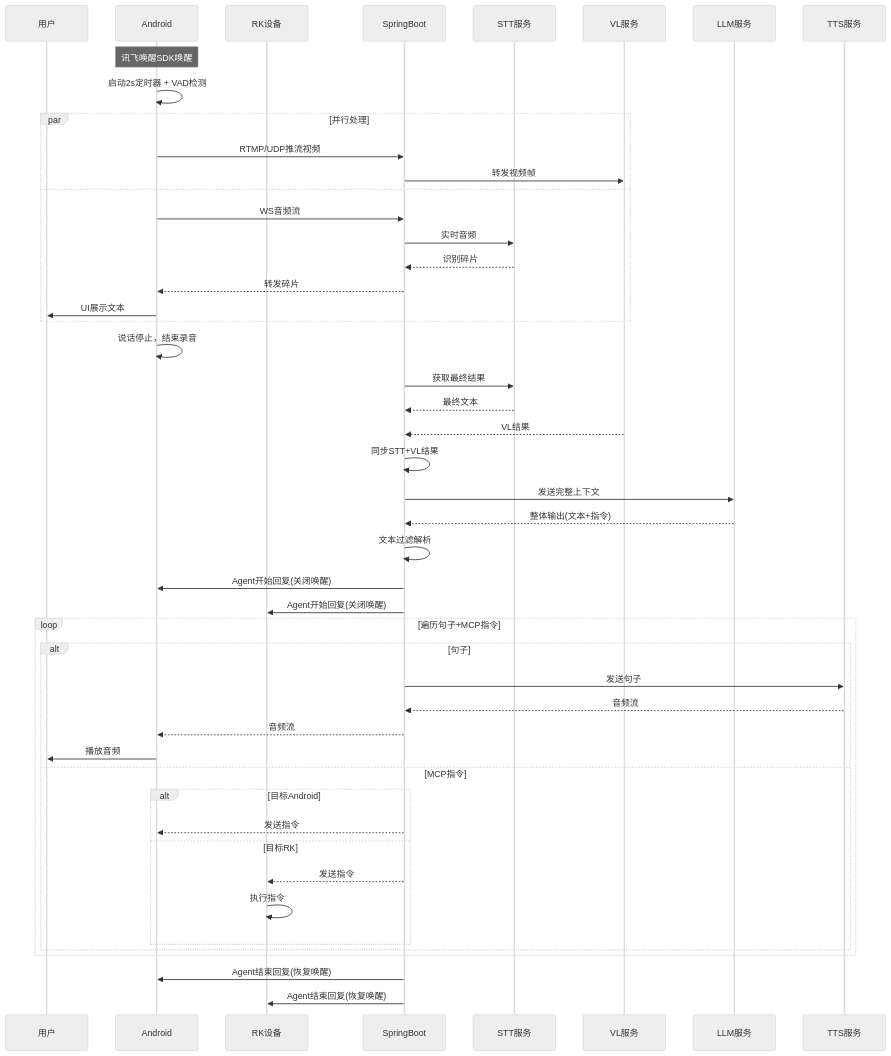
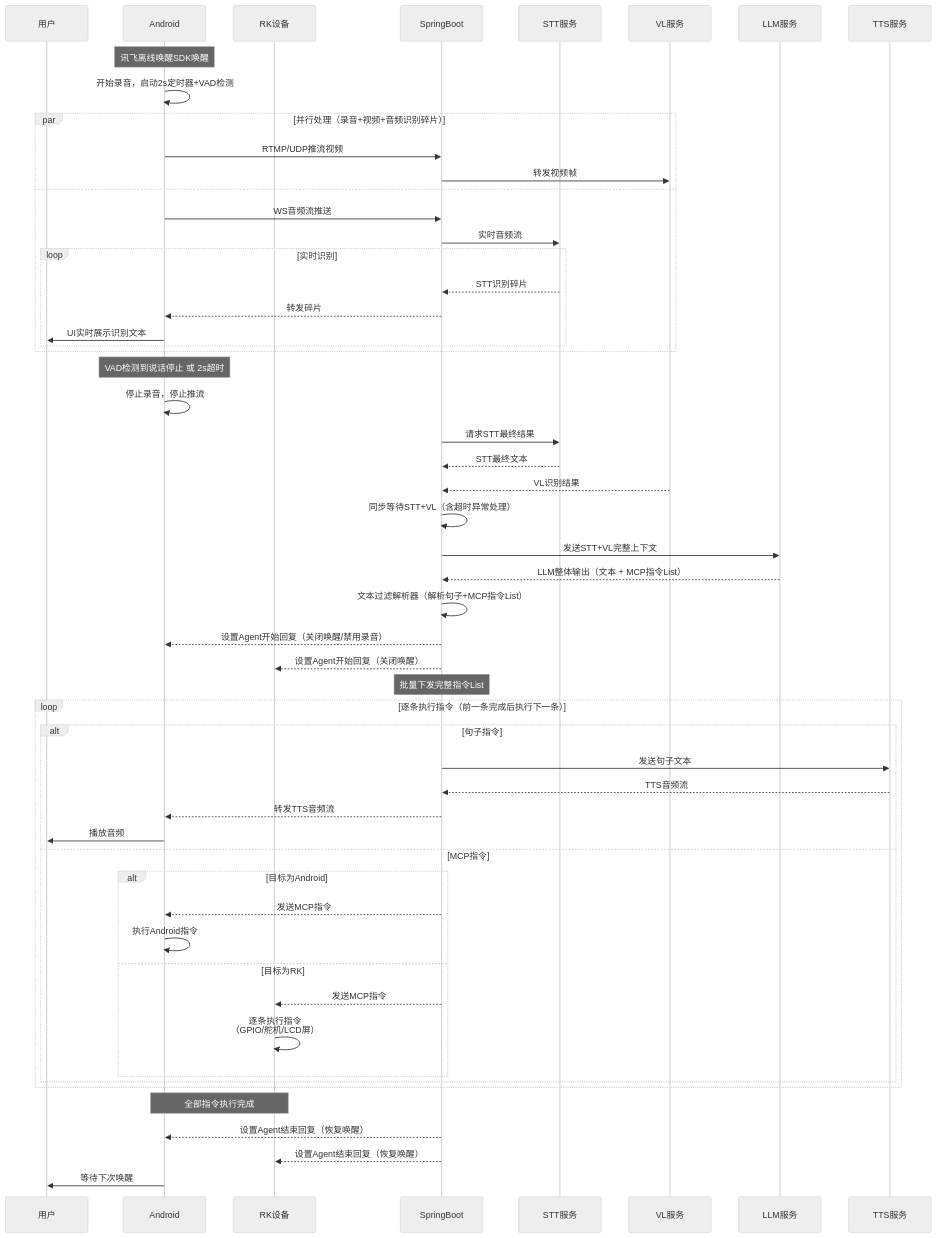
The third of 5 diagrams in cursor/AgentChat.md (nangong918/magic-vector), drawn with Mermaid (neutral theme) before and after one commit. The commit also changed other lines of this file, not shown here.

Commit message:
deepseek: 完成Agent甘特图设计

````diff
--- a/cursor/AgentChat.md
+++ b/cursor/AgentChat.md
@@ -193,57 +192,70 @@
 ```mermaid
 sequenceDiagram
-    participant User as 用户
-    participant Android as Android
-    participant RK as RK设备
-    participant SB as SpringBoot
-    participant STT as STT服务
-    participant VL as VL服务
-    participant LLM as LLM服务
-    participant TTS as TTS服务
+  participant User as 用户
+  participant Android as Android
+  participant RK as RK设备
+  participant SB as SpringBoot
+  participant STT as STT服务
+  participant VL as VL服务
+  participant LLM as LLM服务
+  participant TTS as TTS服务
 
-    Note over Android: 讯飞唤醒SDK唤醒
-    Android->>Android: 启动2s定时器 + VAD检测
-    
-    par 并行处理
-        Android->>SB: RTMP/UDP推流视频
-        SB->>VL: 转发视频帧
-    and
-        Android->>SB: WS音频流
-        SB->>STT: 实时音频
-        STT-->>SB: 识别碎片
-        SB-->>Android: 转发碎片
-        Android->>User: UI展示文本
+  Note over Android: 讯飞离线唤醒SDK唤醒
+  Android->>Android: 开始录音，启动2s定时器+VAD检测
+
+  par 并行处理（录音+视频+音频识别碎片）
+    Android->>SB: RTMP/UDP推流视频
+    SB->>VL: 转发视频帧
+  and
+    Android->>SB: WS音频流推送
+    SB->>STT: 实时音频流
+    loop 实时识别
+      STT-->>SB: STT识别碎片
+      SB-->>Android: 转发碎片
+      Android->>User: UI实时展示识别文本
     end
-    
-    Android->>Android: 说话停止，结束录音
-    SB->>STT: 获取最终结果
-    STT-->>SB: 最终文本
-    
-    VL-->>SB: VL结果
-    SB->>SB: 同步STT+VL结果
-    SB->>LLM: 发送完整上下文
-    LLM-->>SB: 整体输出(文本+指令)
-    
-    SB->>SB: 文本过滤解析
-    SB->>Android: Agent开始回复(关闭唤醒)
-    SB->>RK: Agent开始回复(关闭唤醒)
-    
-    loop 遍历句子+MCP指令
-        alt 句子
-            SB->>TTS: 发送句子
-            TTS-->>SB: 音频流
-            SB-->>Android: 音频流
-            Android->>User: 播放音频
-        else MCP指令
-            alt 目标Android
-                SB-->>Android: 发送指令
-            else 目标RK
-                SB-->>RK: 发送指令
-                RK->>RK: 执行指令
-            end
-        end
+  end
+
+  Note over Android: VAD检测到说话停止 或 2s超时
+  Android->>Android: 停止录音，停止推流
+
+  SB->>STT: 请求STT最终结果
+  STT-->>SB: STT最终文本
+
+  VL-->>SB: VL识别结果
+
+  SB->>SB: 同步等待STT+VL（含超时异常处理）
+  SB->>LLM: 发送STT+VL完整上下文
+  LLM-->>SB: LLM整体输出（文本 + MCP指令List）
+
+  SB->>SB: 文本过滤解析器（解析句子+MCP指令List）
+
+  SB-->>Android: 设置Agent开始回复（关闭唤醒/禁用录音）
+  SB-->>RK: 设置Agent开始回复（关闭唤醒）
+
+  Note over SB: 批量下发完整指令List
+
+  loop 逐条执行指令（前一条完成后执行下一条）
+    alt 句子指令
+      SB->>TTS: 发送句子文本
+      TTS-->>SB: TTS音频流
+      SB-->>Android: 转发TTS音频流
+      Android->>User: 播放音频
+    else MCP指令
+      alt 目标为Android
+        SB-->>Android: 发送MCP指令
+        Android->>Android: 执行Android指令
+      else 目标为RK
+        SB-->>RK: 发送MCP指令
+        RK->>RK: 逐条执行指令<br/>（GPIO/舵机/LCD屏）
+      end
     end
-    
-    SB->>Android: Agent结束回复(恢复唤醒)
-    SB->>RK: Agent结束回复(恢复唤醒)
+  end
+
+  Note over Android,RK: 全部指令执行完成
+
+  SB-->>Android: 设置Agent结束回复（恢复唤醒）
+  SB-->>RK: 设置Agent结束回复（恢复唤醒）
+
+  Android->>User: 等待下次唤醒
 ```
````
